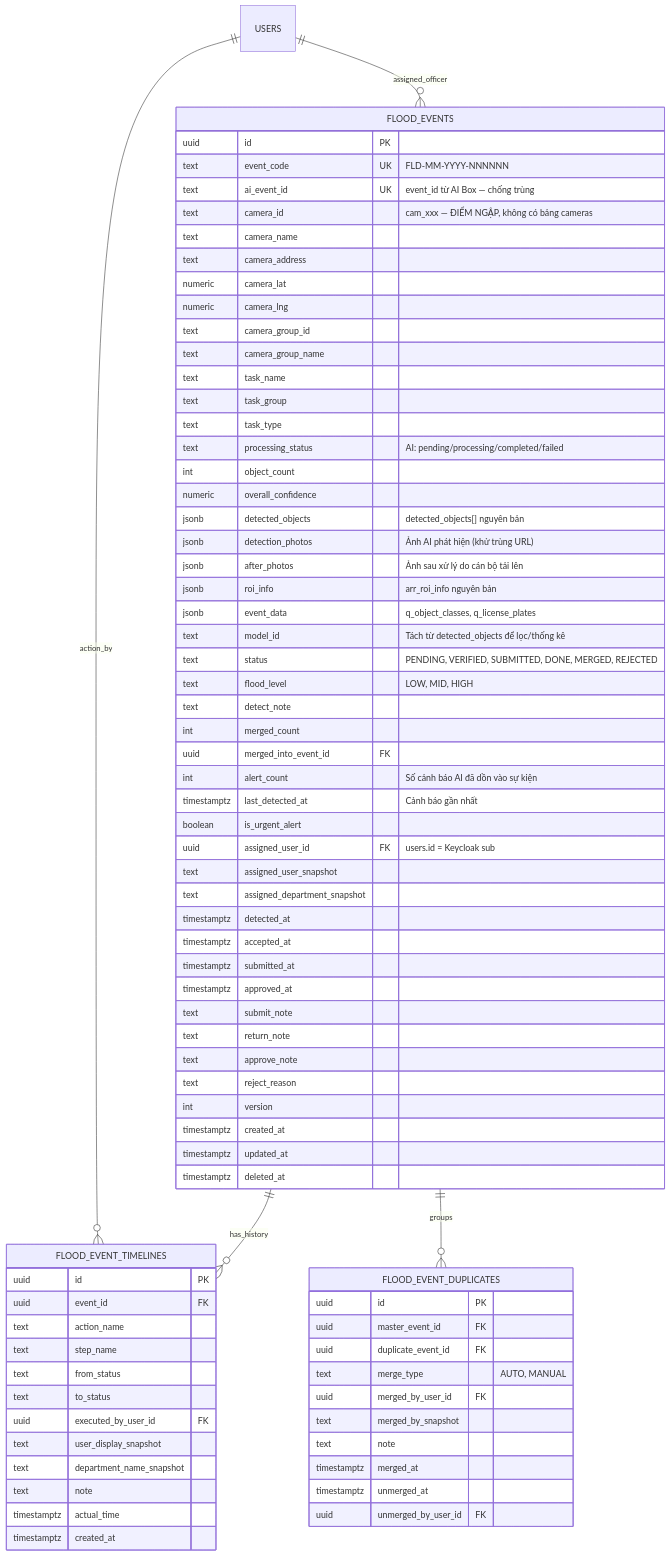
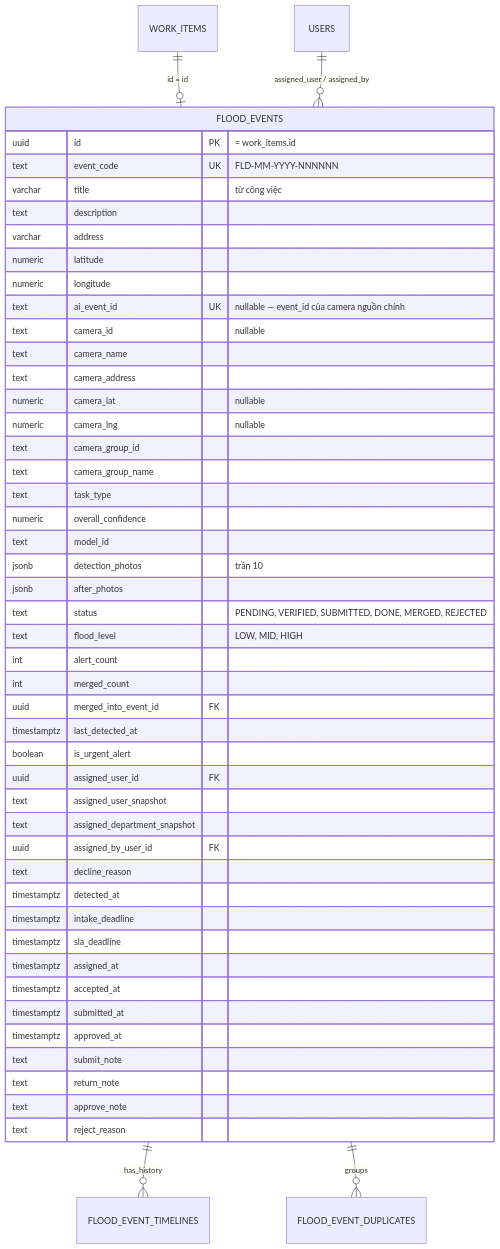
The third of 3 diagrams in flood_management_technical_design.md (BigWave9702/api-hien-truong), drawn with Mermaid before and after one commit. The commit also changed other lines of this file, not shown here.

Commit message:
update flood technical

````diff
--- a/flood_management_technical_design.md
+++ b/flood_management_technical_design.md
@@ -212,46 +384,47 @@
 ```mermaid
 erDiagram
-    USERS ||--o{ FLOOD_EVENTS : "assigned_officer"
-    USERS ||--o{ FLOOD_EVENT_TIMELINES : "action_by"
-
+    WORK_ITEMS ||--o| FLOOD_EVENTS : "id = id"
+    USERS ||--o{ FLOOD_EVENTS : "assigned_user / assigned_by"
     FLOOD_EVENTS ||--o{ FLOOD_EVENT_TIMELINES : "has_history"
     FLOOD_EVENTS ||--o{ FLOOD_EVENT_DUPLICATES : "groups"
 
     FLOOD_EVENTS {
-        uuid id PK
+        uuid id PK "= work_items.id"
         text event_code UK "FLD-MM-YYYY-NNNNNN"
-        text ai_event_id UK "event_id từ AI Box — chống trùng"
-        text camera_id "cam_xxx — ĐIỂM NGẬP, không có bảng cameras"
+        varchar title "từ công việc"
+        text description
+        varchar address
+        numeric latitude
+        numeric longitude
+        text ai_event_id UK "nullable — event_id của camera nguồn chính"
+        text camera_id "nullable"
         text camera_name
         text camera_address
-        numeric camera_lat
-        numeric camera_lng
+        numeric camera_lat "nullable"
+        numeric camera_lng "nullable"
         text camera_group_id
         text camera_group_name
-        text task_name
-        text task_group
         text task_type
-        text processing_status "AI: pending/processing/completed/failed"
-        int object_count
         numeric overall_confidence
-        jsonb detected_objects "detected_objects[] nguyên bản"
-        jsonb detection_photos "Ảnh AI phát hiện (khử trùng URL)"
-        jsonb after_photos "Ảnh sau xử lý do cán bộ tải lên"
-        jsonb roi_info "arr_roi_info nguyên bản"
-        jsonb event_data "q_object_classes, q_license_plates"
-        text model_id "Tách từ detected_objects để lọc/thống kê"
+        text model_id
+        jsonb detection_photos "trần 10"
+        jsonb after_photos
         text status "PENDING, VERIFIED, SUBMITTED, DONE, MERGED, REJECTED"
         text flood_level "LOW, MID, HIGH"
-        text detect_note
+        int alert_count
         int merged_count
         uuid merged_into_event_id FK
-        int alert_count "Số cảnh báo AI đã dồn vào sự kiện"
-        timestamptz last_detected_at "Cảnh báo gần nhất"
+        timestamptz last_detected_at
         boolean is_urgent_alert
-        uuid assigned_user_id FK "users.id = Keycloak sub"
+        uuid assigned_user_id FK
         text assigned_user_snapshot
         text assigned_department_snapshot
+        uuid assigned_by_user_id FK
+        text decline_reason
         timestamptz detected_at
+        timestamptz intake_deadline
+        timestamptz sla_deadline
+        timestamptz assigned_at
         timestamptz accepted_at
         timestamptz submitted_at
         timestamptz approved_at
@@ -259,37 +432,5 @@
         text return_note
         text approve_note
         text reject_reason
-        int version
-        timestamptz created_at
-        timestamptz updated_at
-        timestamptz deleted_at
-    }
-
-    FLOOD_EVENT_TIMELINES {
-        uuid id PK
-        uuid event_id FK
-        text action_name
-        text step_name
-        text from_status
-        text to_status
-        uuid executed_by_user_id FK
-        text user_display_snapshot
-        text department_name_snapshot
-        text note
-        timestamptz actual_time
-        timestamptz created_at
-    }
-
-    FLOOD_EVENT_DUPLICATES {
-        uuid id PK
-        uuid master_event_id FK
-        uuid duplicate_event_id FK
-        text merge_type "AUTO, MANUAL"
-        uuid merged_by_user_id FK
-        text merged_by_snapshot
-        text note
-        timestamptz merged_at
-        timestamptz unmerged_at
-        uuid unmerged_by_user_id FK
     }
 ```
````
